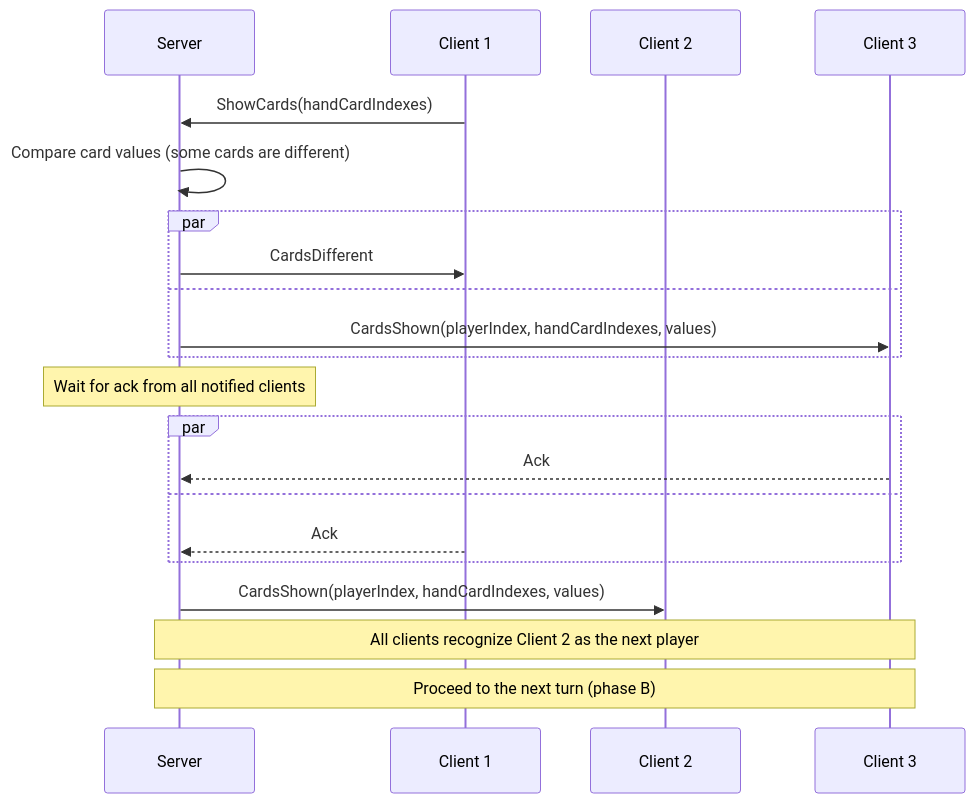
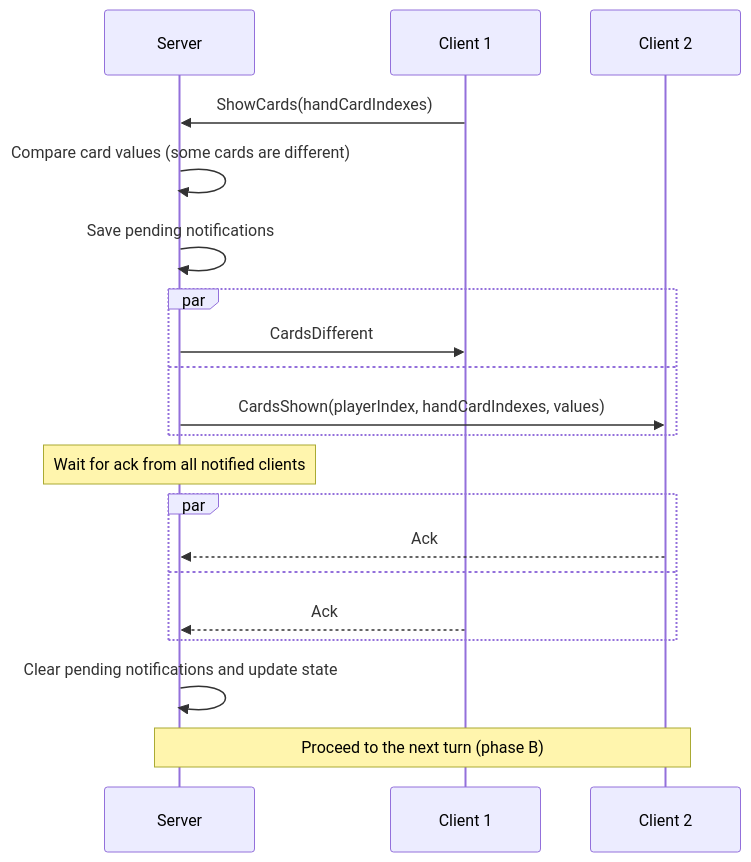
One commit to roman-zubarevich/another changed the sixth of 14 diagrams in README.md. Above: the diagram before and after it, drawn with Mermaid. The commit also changed other lines of this file, not shown here.

````diff
--- a/README.md
+++ b/README.md
@@ -126,23 +135,22 @@
 ```mermaid
 sequenceDiagram
     participant S as Server
     participant C1 as Client 1
     participant C2 as Client 2
-    participant C3 as Client 3
     C1->>S: ShowCards(handCardIndexes)
     S->>S: Compare card values (some cards are different)
+    S->>S: Save pending notifications
     par
         S->>C1: CardsDifferent
     and
-        S->>C3: CardsShown(playerIndex, handCardIndexes, values)
+        S->>C2: CardsShown(playerIndex, handCardIndexes, values)
     end
     Note over S: Wait for ack from all notified clients
     par
-        C3-->>S: Ack
+        C2-->>S: Ack
     and
         C1-->>S: Ack
     end
-    S->>C2: CardsShown(playerIndex, handCardIndexes, values)
-    Note over S,C3: All clients recognize Client 2 as the next player
-    Note over S,C3: Proceed to the next turn (phase B)
+    S->>S: Clear pending notifications and update state
+    Note over S,C2: Proceed to the next turn (phase B)
 ```
````
